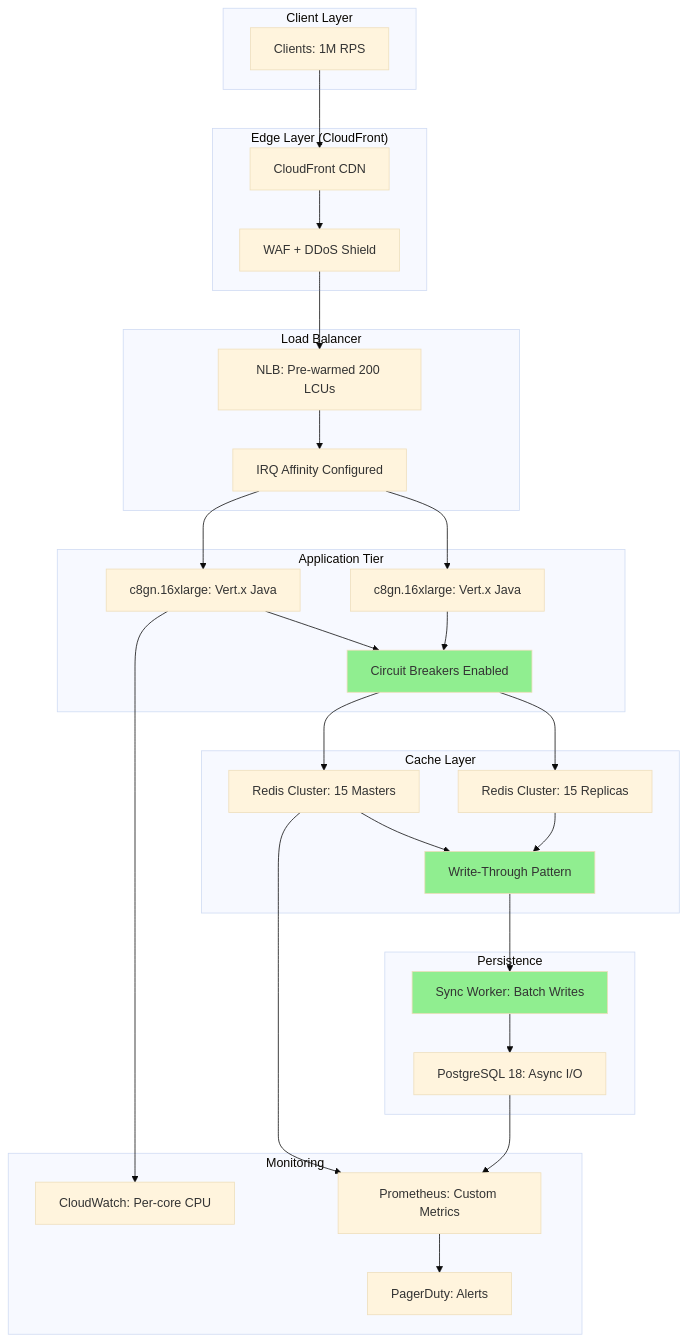
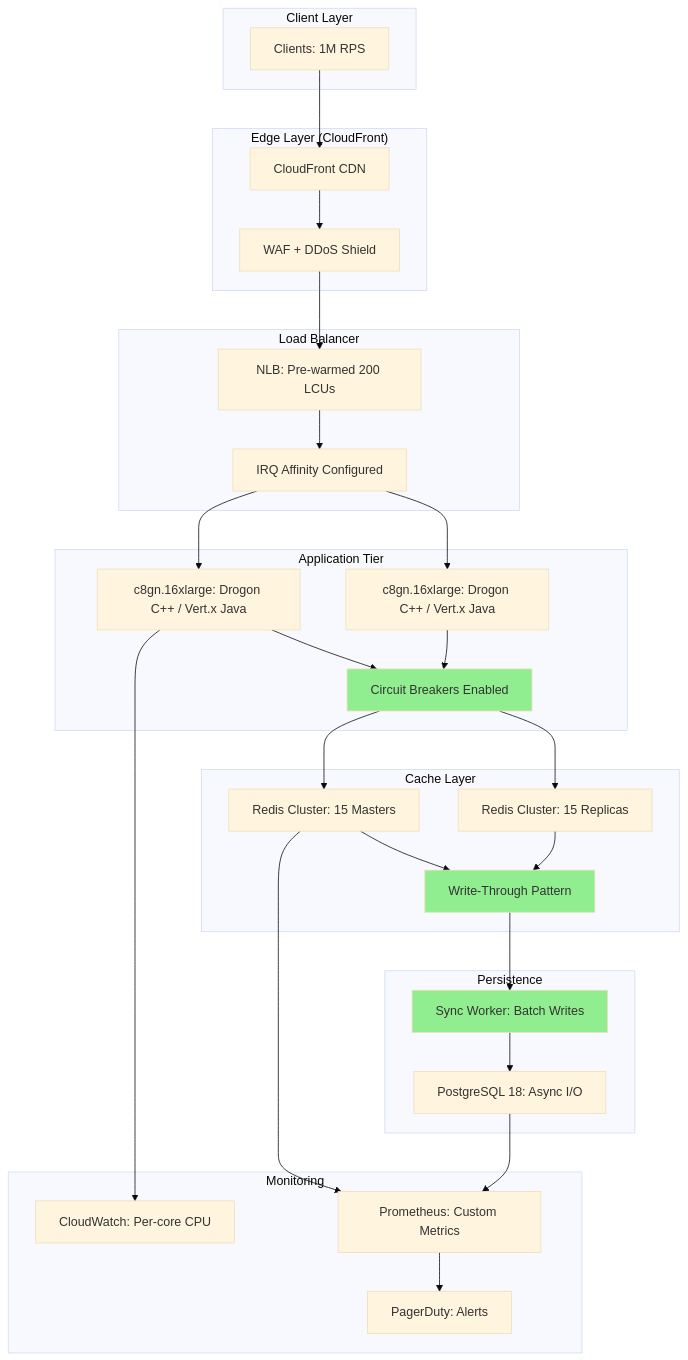
One commit to rsrini7/Learnings changed the fourth of 5 diagrams in Architecture/Scaling-1M-RPS-Java.md. Above: the diagram before and after it, drawn with Mermaid (base theme). The commit also changed other lines of this file, not shown here.

First line of the commit message:
docs: update architecture blueprint with verified benchmarks and corrections

````diff
--- a/Architecture/Scaling-1M-RPS-Java.md
+++ b/Architecture/Scaling-1M-RPS-Java.md
@@ -954,63 +971,63 @@
 ```mermaid
 graph TB
     subgraph "Client Layer"
         A[Clients: 1M RPS]
     end
     
     subgraph "Edge Layer (CloudFront)"
         B[CloudFront CDN]
         C[WAF + DDoS Shield]
     end
     
     subgraph "Load Balancer"
         D[NLB: Pre-warmed 200 LCUs]
         E[IRQ Affinity Configured]
     end
     
     subgraph "Application Tier"
-        F1[c8gn.16xlarge: Vert.x Java]
-        F2[c8gn.16xlarge: Vert.x Java]
+        F1[c8gn.16xlarge: Drogon C++ / Vert.x Java]
+        F2[c8gn.16xlarge: Drogon C++ / Vert.x Java]
         G[Circuit Breakers Enabled]
     end
     
     subgraph "Cache Layer"
         H1[Redis Cluster: 15 Masters]
         H2[Redis Cluster: 15 Replicas]
         I[Write-Through Pattern]
     end
     
     subgraph "Persistence"
         J[PostgreSQL 18: Async I/O]
         K[Sync Worker: Batch Writes]
     end
     
     subgraph "Monitoring"
         L[CloudWatch: Per-core CPU]
         M[Prometheus: Custom Metrics]
         N[PagerDuty: Alerts]
     end
     
     A --> B
     B --> C
     C --> D
     D --> E
     E --> F1
     E --> F2
     F1 --> G
     F2 --> G
     G --> H1
     G --> H2
     H1 --> I
     H2 --> I
     I --> K
     K --> J
     
     F1 --> L
     H1 --> M
     J --> M
     M --> N
     
     style G fill:#90EE90
     style I fill:#90EE90
     style K fill:#90EE90
 ```
````
